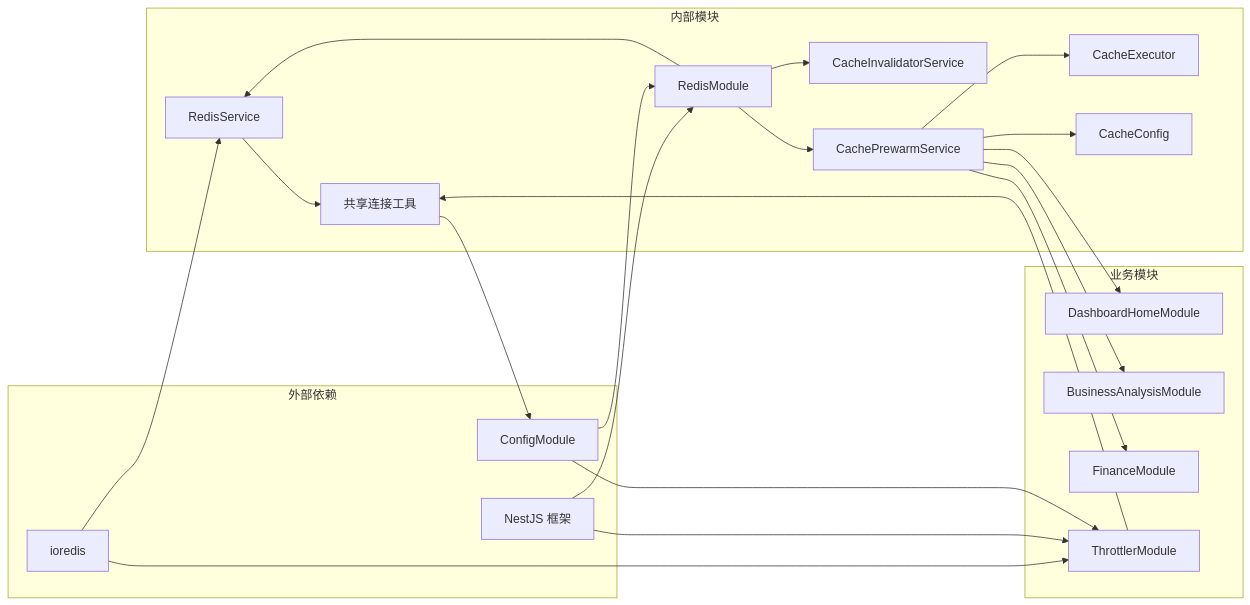
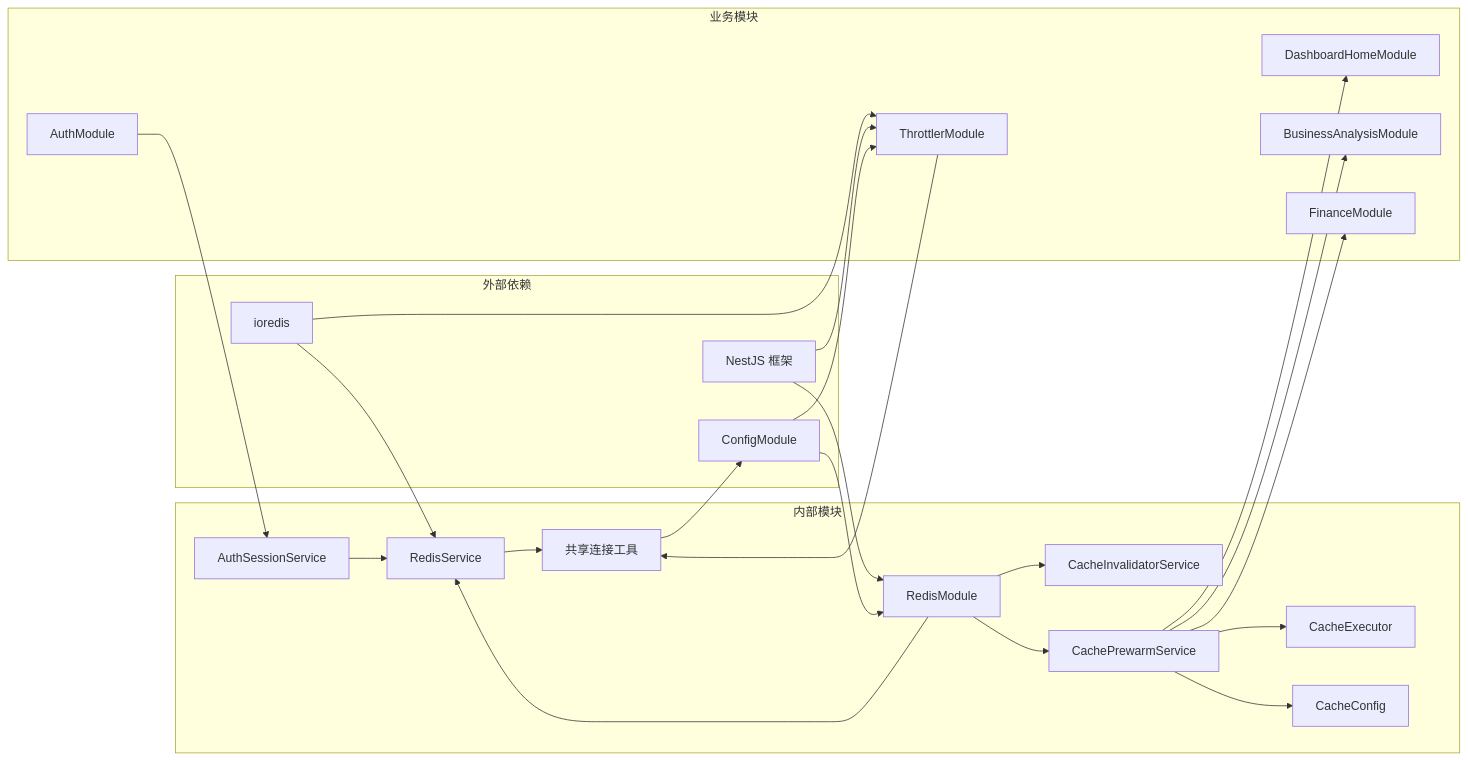
Before and after one commit to rc558620/purelyprofit-server: diagram 11 of 11 in .qoder/repowiki/zh/content/缓存系统/Redis 集成方案.md, drawn with Mermaid. The commit also changed other lines of this file and 18 other files, not shown here.

````diff
--- a/.qoder/repowiki/zh/content/缓存系统/Redis 集成方案.md
+++ b/.qoder/repowiki/zh/content/缓存系统/Redis 集成方案.md
@@ -387,40 +599,44 @@
 ```mermaid
 graph LR
 subgraph "外部依赖"
 IoRedis[ioredis]
 NestJS[NestJS 框架]
 ConfigModule[ConfigModule]
 end
 subgraph "内部模块"
 RedisModule[RedisModule]
 RedisService[RedisService]
 CacheInvalidator[CacheInvalidatorService]
 CachePrewarm[CachePrewarmService]
 CacheExecutor[CacheExecutor]
 CacheConfig[CacheConfig]
 SharedUtils[共享连接工具]
+AuthSession[AuthSessionService]
 end
 subgraph "业务模块"
 DashboardHome[DashboardHomeModule]
 BusinessAnalysis[BusinessAnalysisModule]
 Finance[FinanceModule]
 ThrottlerModule[ThrottlerModule]
+AuthModule[AuthModule]
 end
 IoRedis --> RedisService
 IoRedis --> ThrottlerModule
 NestJS --> RedisModule
 NestJS --> ThrottlerModule
 ConfigModule --> RedisModule
 ConfigModule --> ThrottlerModule
 RedisModule --> RedisService
 RedisModule --> CacheInvalidator
 RedisModule --> CachePrewarm
 RedisService --> SharedUtils
 ThrottlerModule --> SharedUtils
 SharedUtils --> ConfigModule
 CachePrewarm --> CacheExecutor
 CachePrewarm --> CacheConfig
 CachePrewarm --> DashboardHome
 CachePrewarm --> BusinessAnalysis
 CachePrewarm --> Finance
+AuthSession --> RedisService
+AuthModule --> AuthSession
 ```
````
